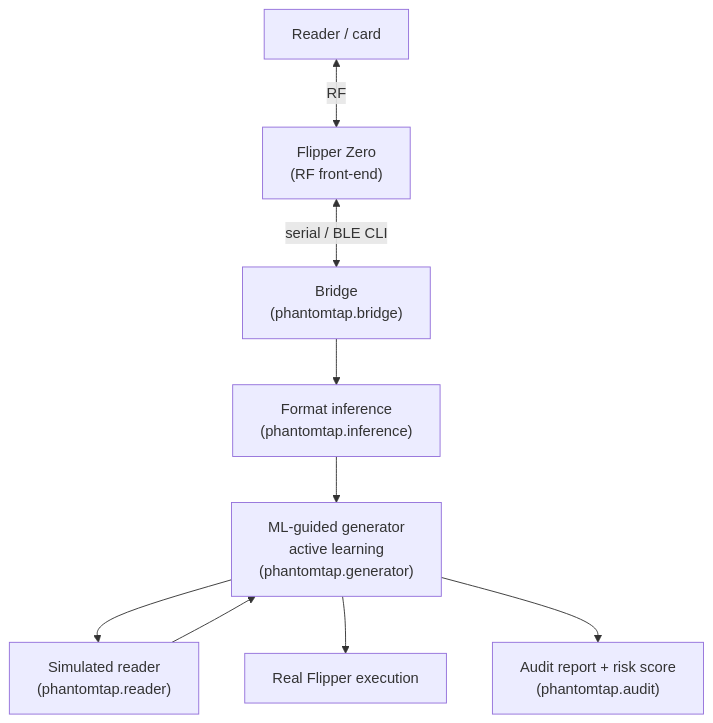
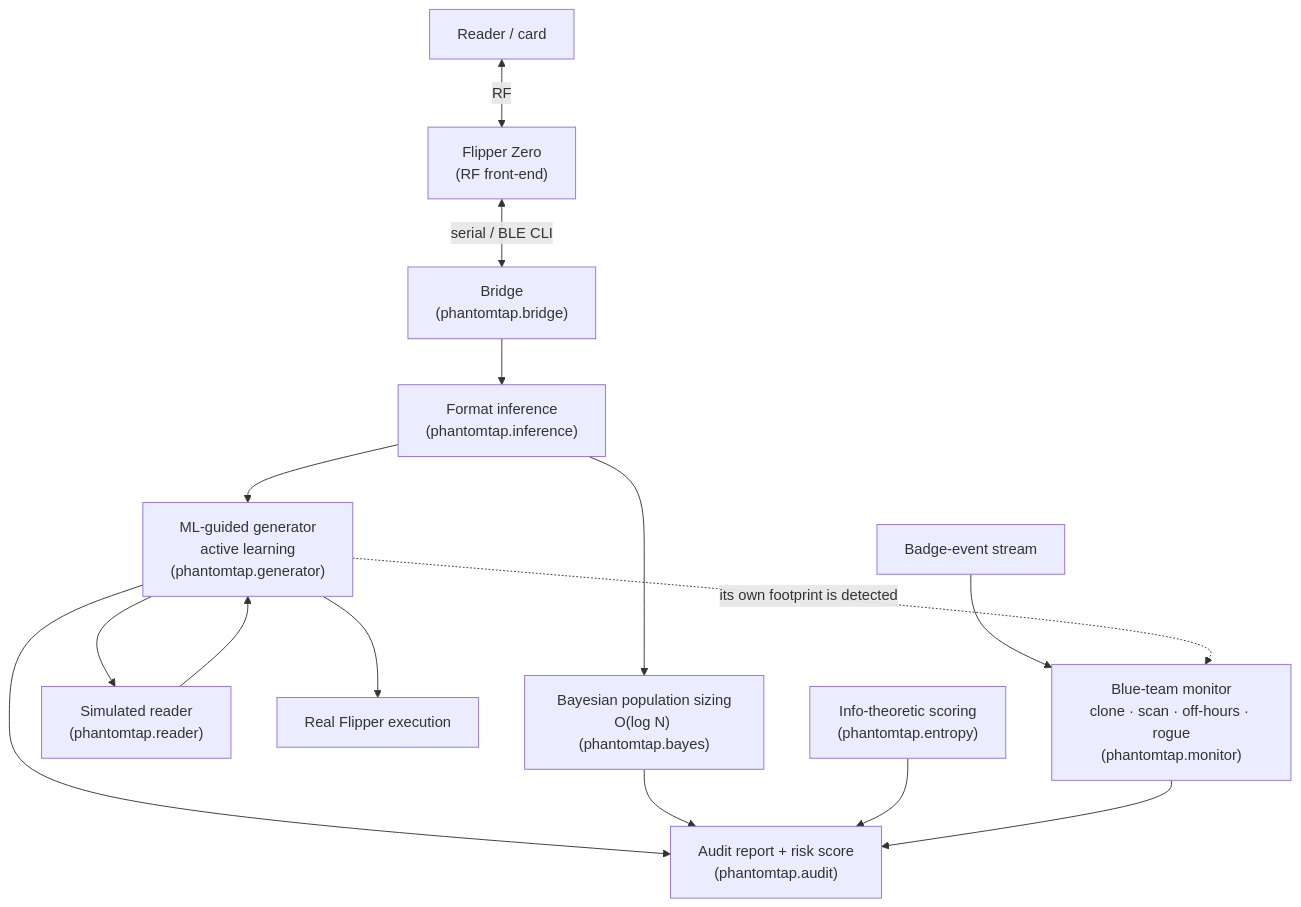
The diagram in README.md (Krishita17/PhantomTap), drawn with Mermaid before and after one commit. The commit also changed other lines of this file and 22 other files, not shown here.

First line of the commit message:
feat: purple-team detection + information-theoretic credential scoring

````diff
--- a/README.md
+++ b/README.md
@@ -96,11 +144,17 @@
 ```mermaid
 flowchart TB
     R["Reader / card"] <-->|RF| F["Flipper Zero<br/>(RF front-end)"]
     F <-->|serial / BLE CLI| B["Bridge<br/>(phantomtap.bridge)"]
     B --> P["Format inference<br/>(phantomtap.inference)"]
     P --> G["ML-guided generator<br/>active learning<br/>(phantomtap.generator)"]
+    P --> BAY["Bayesian population sizing<br/>O(log N) (phantomtap.bayes)"]
     G --> SIM["Simulated reader<br/>(phantomtap.reader)"]
     G --> EXEC["Real Flipper execution"]
     G --> AUD["Audit report + risk score<br/>(phantomtap.audit)"]
+    BAY --> AUD
+    ENT["Info-theoretic scoring<br/>(phantomtap.entropy)"] --> AUD
     SIM --> G
+    EV["Badge-event stream"] --> MON["Blue-team monitor<br/>clone · scan · off-hours · rogue<br/>(phantomtap.monitor)"]
+    G -.->|its own footprint is detected| MON
+    MON --> AUD
 ```
````
